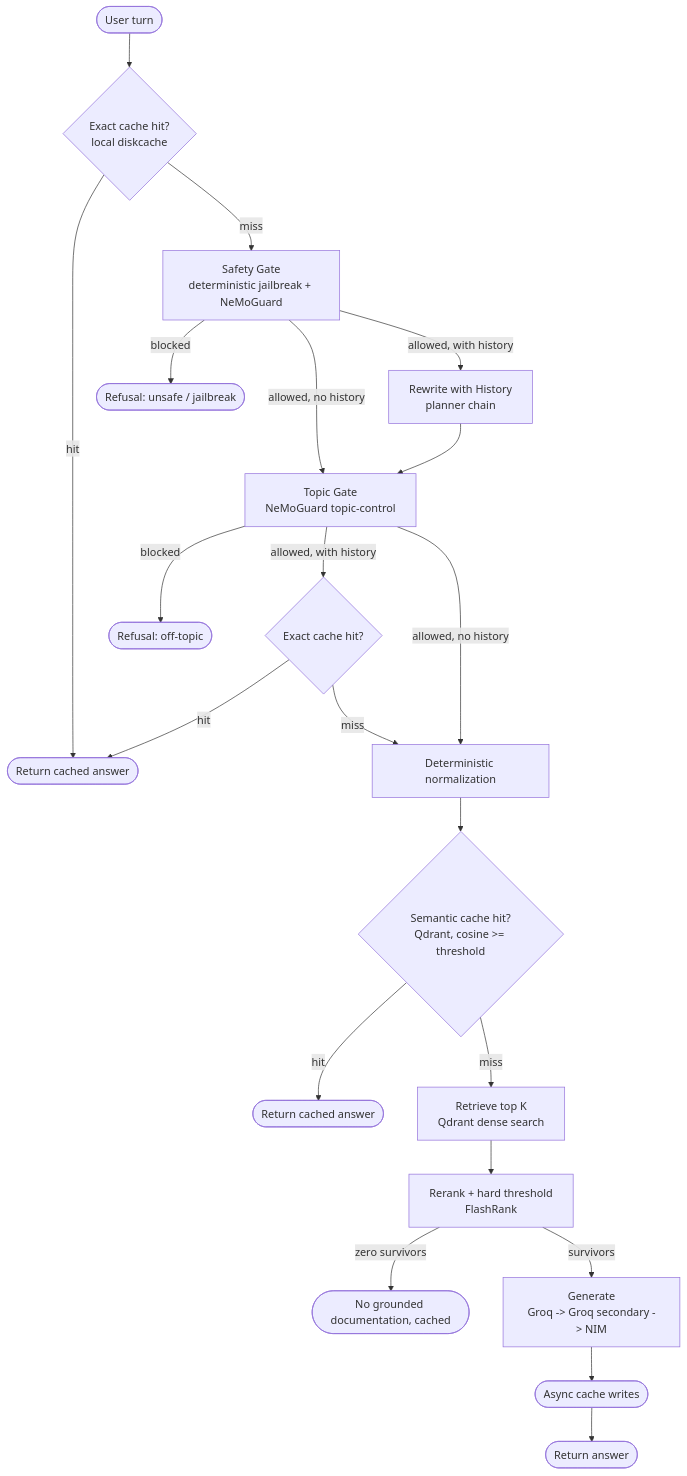
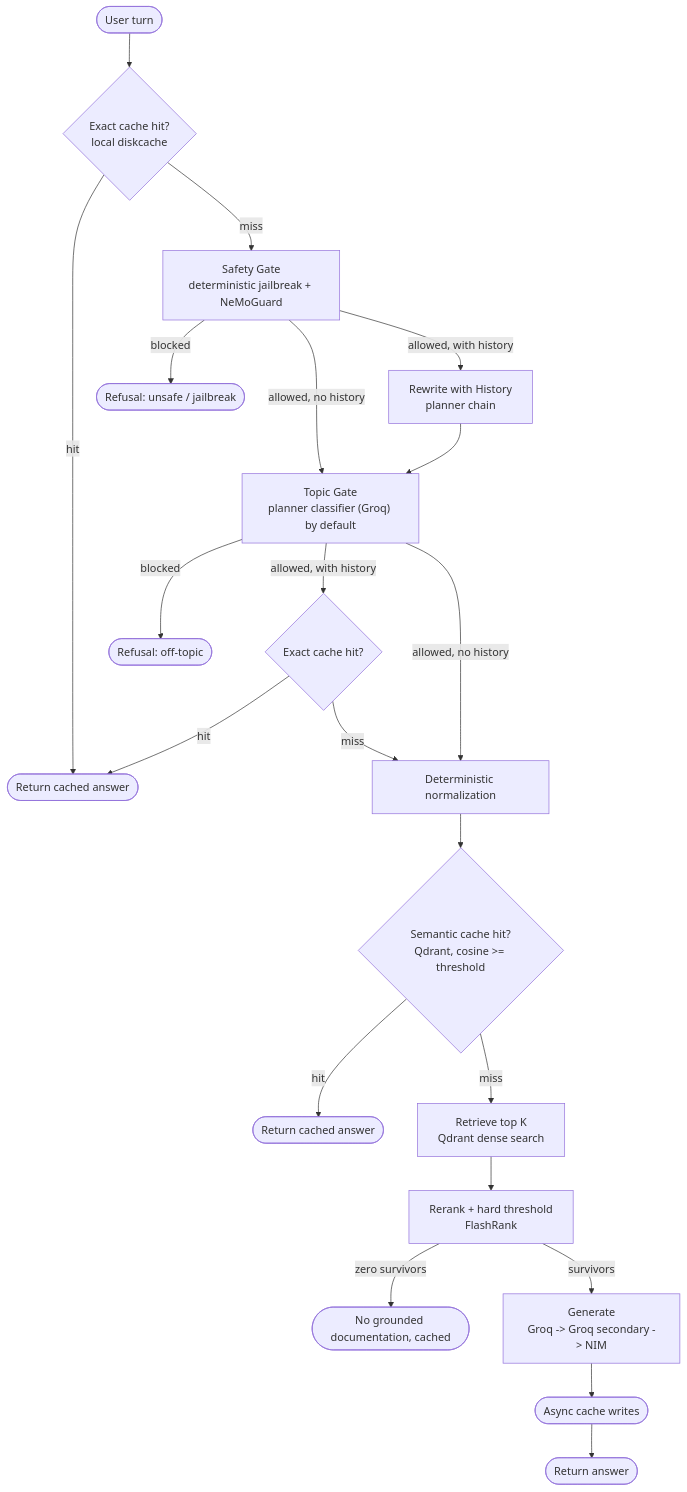
One commit to abhinavharbola/kubernetes-gated-rag changed the diagram in README.md. Above: the diagram before and after it, drawn with Mermaid. The commit also changed other lines of this file and 10 other files, not shown here.

````diff
--- a/README.md
+++ b/README.md
@@ -7,23 +7,23 @@
 ```mermaid
 flowchart TD
     Start([User turn]) --> ExactCache{"Exact cache hit?\nlocal diskcache"}
     ExactCache -->|hit| ReturnExact([Return cached answer])
     ExactCache -->|miss| Safety["Safety Gate\ndeterministic jailbreak + NeMoGuard"]
     Safety -->|blocked| RefusalUnsafe([Refusal: unsafe / jailbreak])
-    Safety -->|allowed, no history| Topic["Topic Gate\nNeMoGuard topic-control"]
+    Safety -->|allowed, no history| Topic["Topic Gate\nplanner classifier (Groq) by default"]
     Safety -->|allowed, with history| Rewrite["Rewrite with History\nplanner chain"]
     Rewrite --> Topic
     Topic -->|blocked| RefusalOffTopic([Refusal: off-topic])
     Topic -->|allowed, with history| LateExact{"Exact cache hit?"}
     Topic -->|allowed, no history| Canonicalize["Deterministic normalization"]
     LateExact -->|hit| ReturnExact
     LateExact -->|miss| Canonicalize
     Canonicalize --> SemanticCache{"Semantic cache hit?\nQdrant, cosine >= threshold"}
     SemanticCache -->|hit| ReturnSemantic([Return cached answer])
     SemanticCache -->|miss| Retrieve["Retrieve top K\nQdrant dense search"]
     Retrieve --> Rerank["Rerank + hard threshold\nFlashRank"]
     Rerank -->|zero survivors| NoContext([No grounded documentation, cached])
     Rerank -->|survivors| Generate["Generate\nGroq -> Groq secondary -> NIM"]
     Generate --> WriteCache([Async cache writes])
     WriteCache --> ReturnAnswer([Return answer])
 ```
````
